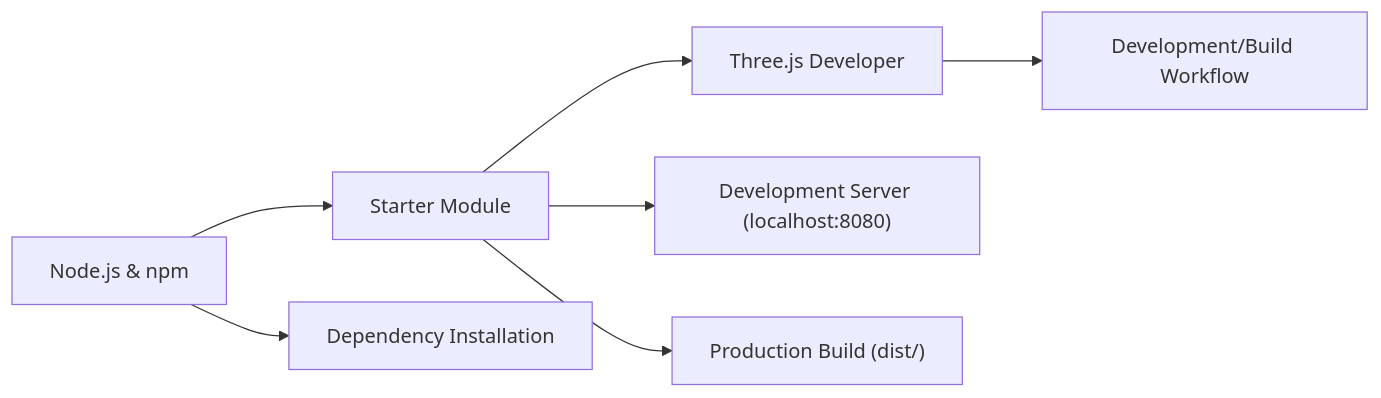
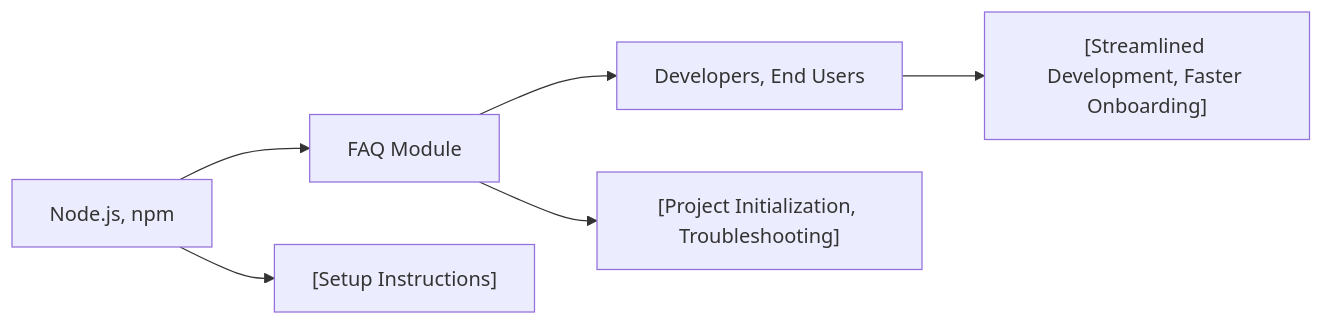
Before and after one commit to NicoooM/three-js-test: the diagram in .shelfya/starter/faq.md, drawn with Mermaid. The commit also changed other lines of this file and 6 other files, not shown here.

````diff
--- a/.shelfya/starter/faq.md
+++ b/.shelfya/starter/faq.md
@@ -35,8 +35,7 @@
 ```mermaid
 flowchart LR
-  nodejs["Node.js & npm"] --> starterModule["Starter Module"] --> developer["Three.js Developer"]
-  nodejs --> dependenciesInstall["Dependency Installation"]
-  starterModule --> devServer["Development Server (localhost:8080)"] 
-  starterModule --> prodBuild["Production Build (dist/)"] 
-  developer --> usageWorkflow["Development/Build Workflow"]
+  dependencies["Node.js, npm"] --> thisModule["FAQ Module"] --> usedBy["Developers, End Users"]
+  dependencies --> details["[Setup Instructions]"]
+  thisModule --> process["[Project Initialization, Troubleshooting]"]
+  usedBy --> consumers["[Streamlined Development, Faster Onboarding]"]
 ```
````
